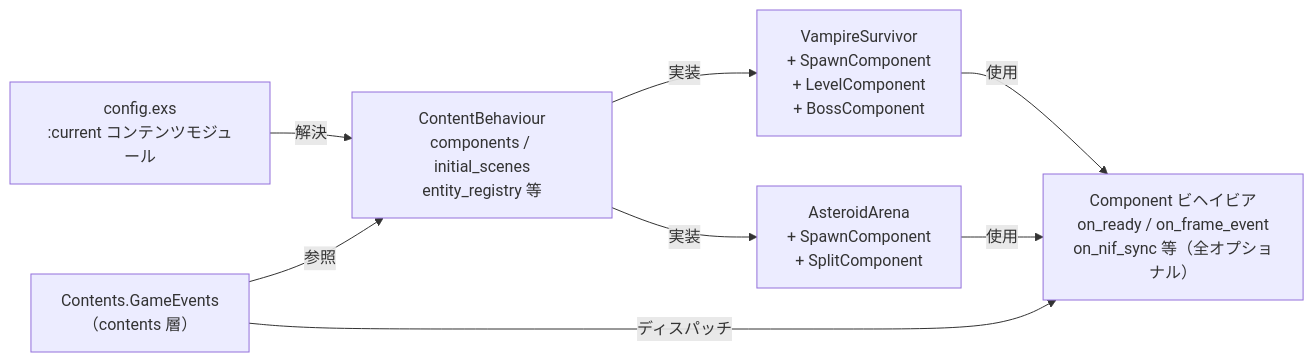
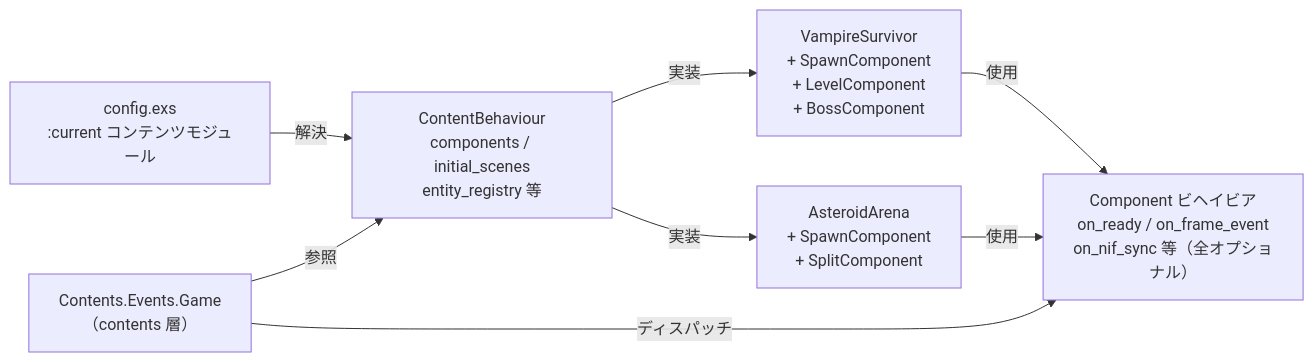
Before and after one commit to FRICK-ELDY/alchemy-engine: the fifth of 16 diagrams in docs/architecture/overview.md, drawn with Mermaid. The commit also changed other lines of this file and 16 other files, not shown here.

Commit message:
refactor(contents): GameEvents を Contents.Events.Game に移行（Phase 1）

````diff
--- a/docs/architecture/overview.md
+++ b/docs/architecture/overview.md
@@ -308,17 +308,17 @@
 ```mermaid
 graph LR
     CFG["config.exs\n:current コンテンツモジュール"]
     CB["ContentBehaviour\ncomponents / initial_scenes\nentity_registry 等"]
     COMP["Component ビヘイビア\non_ready / on_frame_event\non_nif_sync 等（全オプショナル）"]
-    GE["Contents.GameEvents\n（contents 層）"]
+    GE["Contents.Events.Game\n（contents 層）"]
     VS["VampireSurvivor\n+ SpawnComponent\n+ LevelComponent\n+ BossComponent"]
     AA["AsteroidArena\n+ SpawnComponent\n+ SplitComponent"]
 
     CFG -->|解決| CB
     CB -->|実装| VS
     CB -->|実装| AA
     VS -->|使用| COMP
     AA -->|使用| COMP
     GE -->|参照| CB
     GE -->|ディスパッチ| COMP
 ```
````
